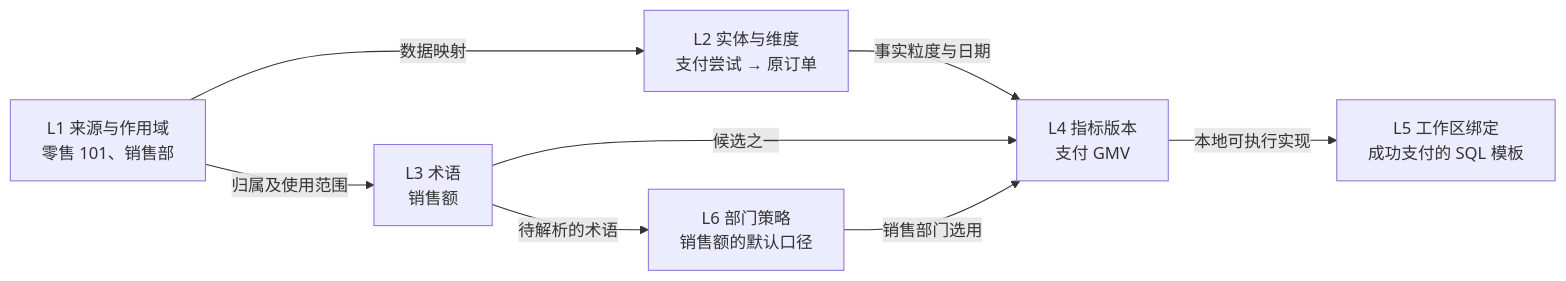
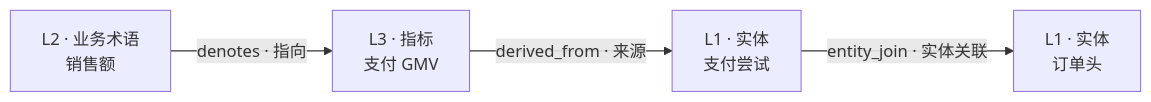
Before and after one commit to RuiLu007/compass: the first of 13 diagrams in mai-specs/974-lesson-22-enterprise-semantic-governance/design/document/retail-assets.md, drawn with Mermaid. The commit also changed other lines of this file and 387 other files, not shown here.

````diff
--- a/mai-specs/974-lesson-22-enterprise-semantic-governance/design/document/retail-assets.md
+++ b/mai-specs/974-lesson-22-enterprise-semantic-governance/design/document/retail-assets.md
@@ -12,16 +19,6 @@
-```mermaid 六层资产如何共同解释 101 销售部门的“销售额”
+```mermaid 三类语义资产的关系
 flowchart LR
-    O["L1 来源与作用域<br/>零售 101、销售部"]
-    E["L2 实体与维度<br/>支付尝试 → 原订单"]
-    T["L3 术语<br/>销售额"]
-    M["L4 指标版本<br/>支付 GMV"]
-    B["L5 工作区绑定<br/>成功支付的 SQL 模板"]
-    P["L6 部门策略<br/>销售额的默认口径"]
-    O -->|数据映射| E
-    O -->|归属及使用范围| T
-    E -->|事实粒度与日期| M
-    T -->|候选之一| M
-    T -->|待解析的术语| P
-    P -->|销售部门选用| M
-    M -->|本地可执行实现| B
+    T["L2 · 业务术语<br/>销售额"] -->|denotes · 指向| M["L3 · 指标<br/>支付 GMV"]
+    M -->|derived_from · 来源| E["L1 · 实体<br/>支付尝试"]
+    E -->|entity_join · 实体关联| O["L1 · 实体<br/>订单头"]
 ```
````
